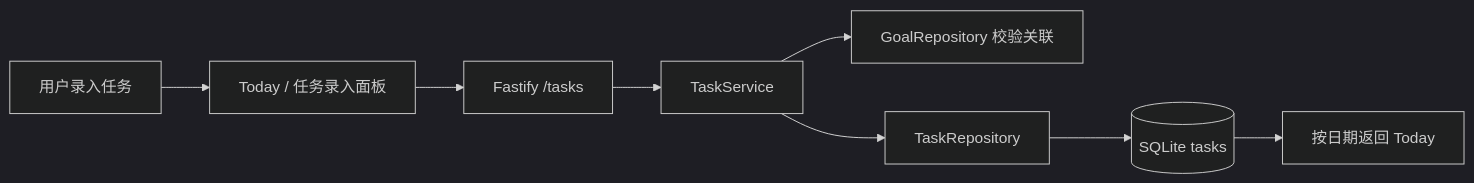
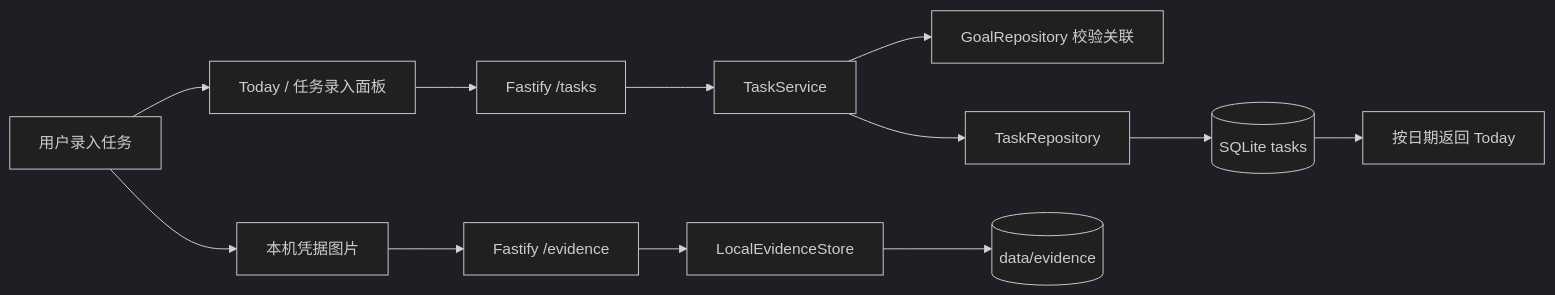
One commit to KlayPeter/Mainline changed the diagram in apps/api/src/modules/tasks/FEATURE.md. Above: the diagram before and after it, drawn with Mermaid (dark theme). The commit also changed other lines of this file and 20 other files, not shown here.

First line of the commit message:
feat: add local penalty evidence

````diff
--- a/apps/api/src/modules/tasks/FEATURE.md
+++ b/apps/api/src/modules/tasks/FEATURE.md
@@ -14,10 +14,14 @@
 ```mermaid
 flowchart LR
     User["用户录入任务"] --> Web["Today / 任务录入面板"]
     Web --> Api["Fastify /tasks"]
     Api --> Service["TaskService"]
     Service --> Goals["GoalRepository 校验关联"]
     Service --> Repository["TaskRepository"]
     Repository --> SQLite[("SQLite tasks")]
+    User --> Evidence["本机凭据图片"]
+    Evidence --> EvidenceApi["Fastify /evidence"]
+    EvidenceApi --> EvidenceStore["LocalEvidenceStore"]
+    EvidenceStore --> EvidenceFiles[("data/evidence")]
     SQLite --> Today["按日期返回 Today"]
 ```
````
